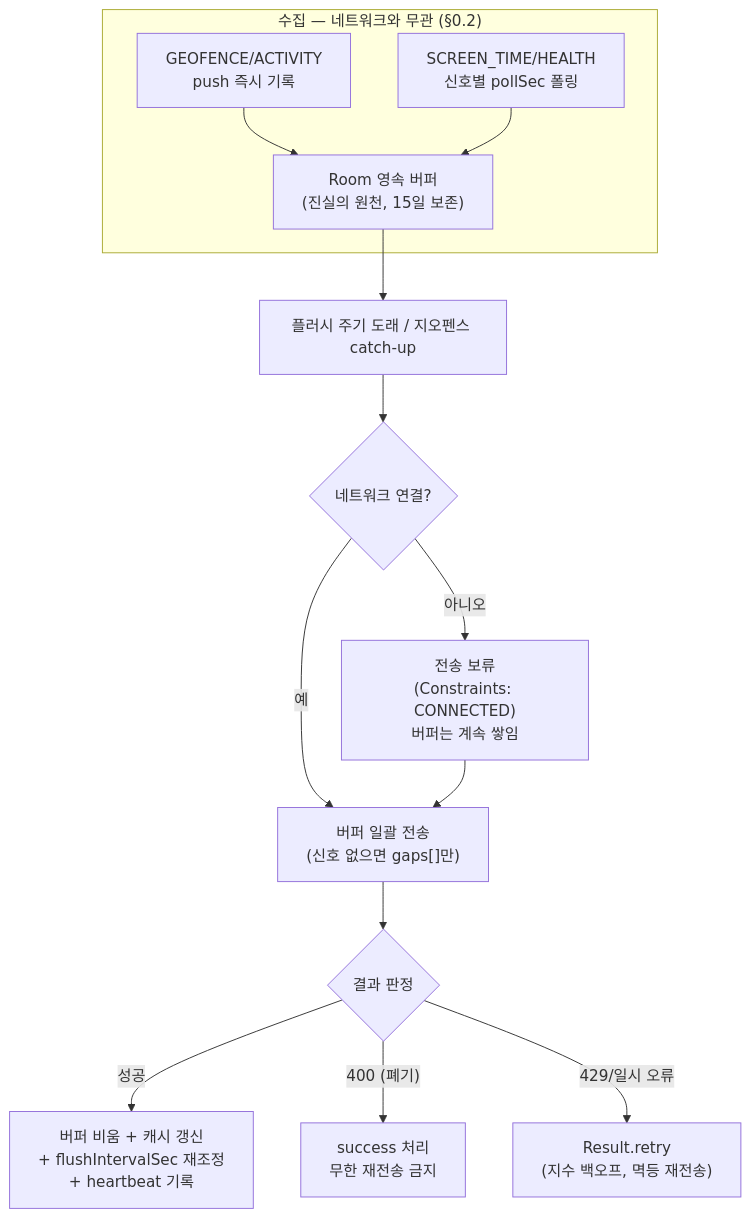
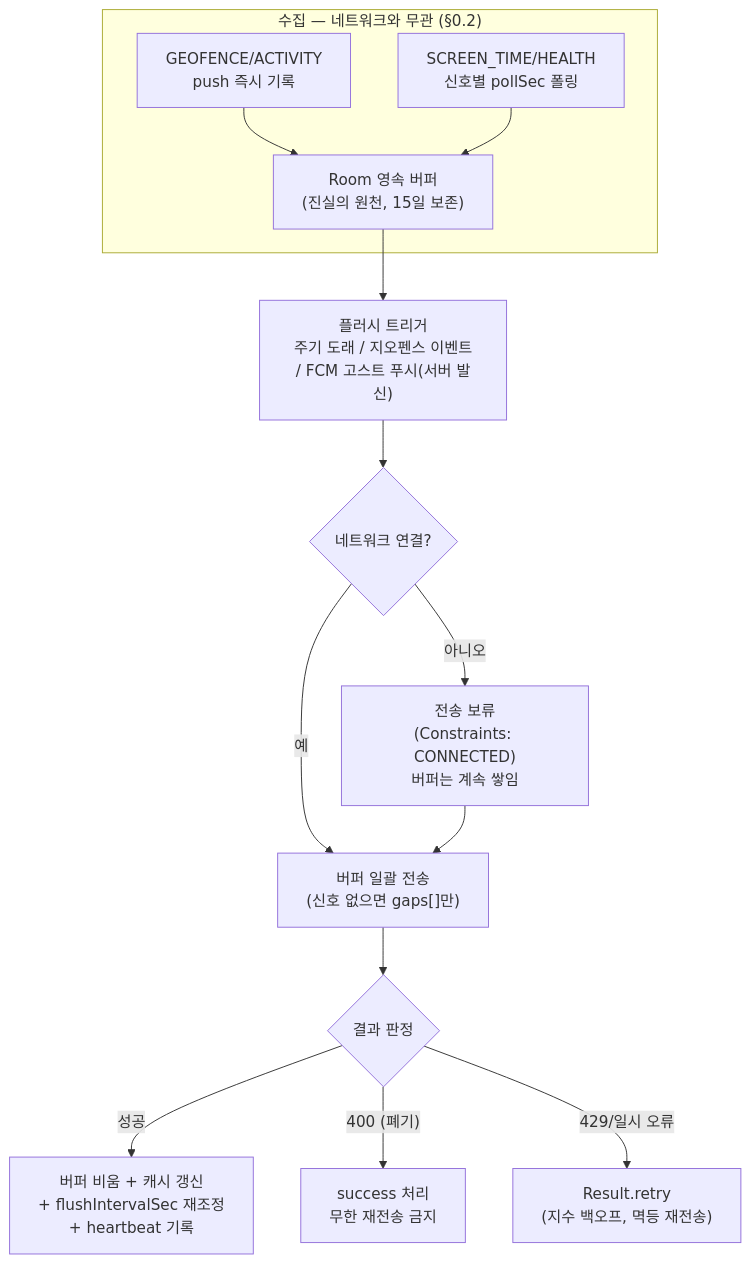
One commit to Sadturtleman/sadturtleman.github.io changed the diagram in _posts/2026-07-13-workmanager-periodic-polling.md. Above: the diagram before and after it, drawn with Mermaid. The commit also changed other lines of this file, not shown here.

Commit message:
post: WorkManager 폴링 글 — FCM 고스트 푸시 복구 경로·기기별 주기 산정 보강 (테크 스펙 §6 반영)

````diff
--- a/_posts/2026-07-13-workmanager-periodic-polling.md
+++ b/_posts/2026-07-13-workmanager-periodic-polling.md
@@ -144,16 +147,16 @@
 ```mermaid
 flowchart TD
     subgraph COLLECT["수집 — 네트워크와 무관 (§0.2)"]
         P["GEOFENCE/ACTIVITY<br/>push 즉시 기록"] --> BUF["Room 영속 버퍼<br/>(진실의 원천, 15일 보존)"]
         Q["SCREEN_TIME/HEALTH<br/>신호별 pollSec 폴링"] --> BUF
     end
-    BUF --> T[플러시 주기 도래 / 지오펜스 catch-up]
+    BUF --> T["플러시 트리거<br/>주기 도래 / 지오펜스 이벤트<br/>/ FCM 고스트 푸시(서버 발신)"]
     T --> C{네트워크 연결?}
     C -- "아니오" --> W["전송 보류<br/>(Constraints: CONNECTED)<br/>버퍼는 계속 쌓임"]
     C -- "예" --> R["버퍼 일괄 전송<br/>(신호 없으면 gaps[]만)"]
     W --> R
     R --> O{결과 판정}
     O -- "성공" --> S["버퍼 비움 + 캐시 갱신<br/>+ flushIntervalSec 재조정<br/>+ heartbeat 기록"]
     O -- "400 (폐기)" --> D["success 처리<br/>무한 재전송 금지"]
     O -- "429/일시 오류" --> B["Result.retry<br/>(지수 백오프, 멱등 재전송)"]
 ```
````
